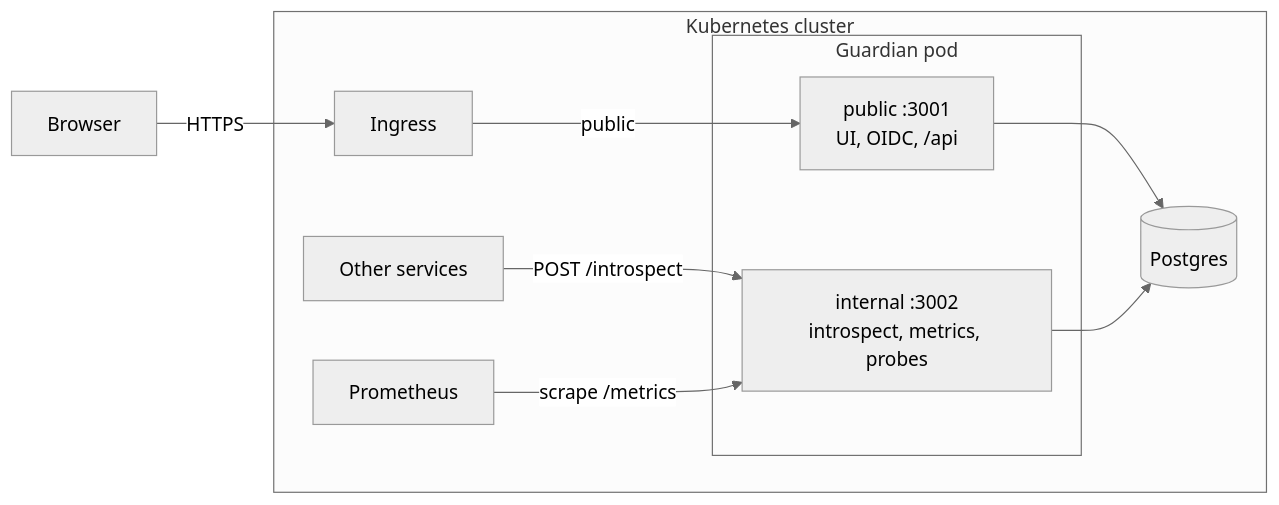
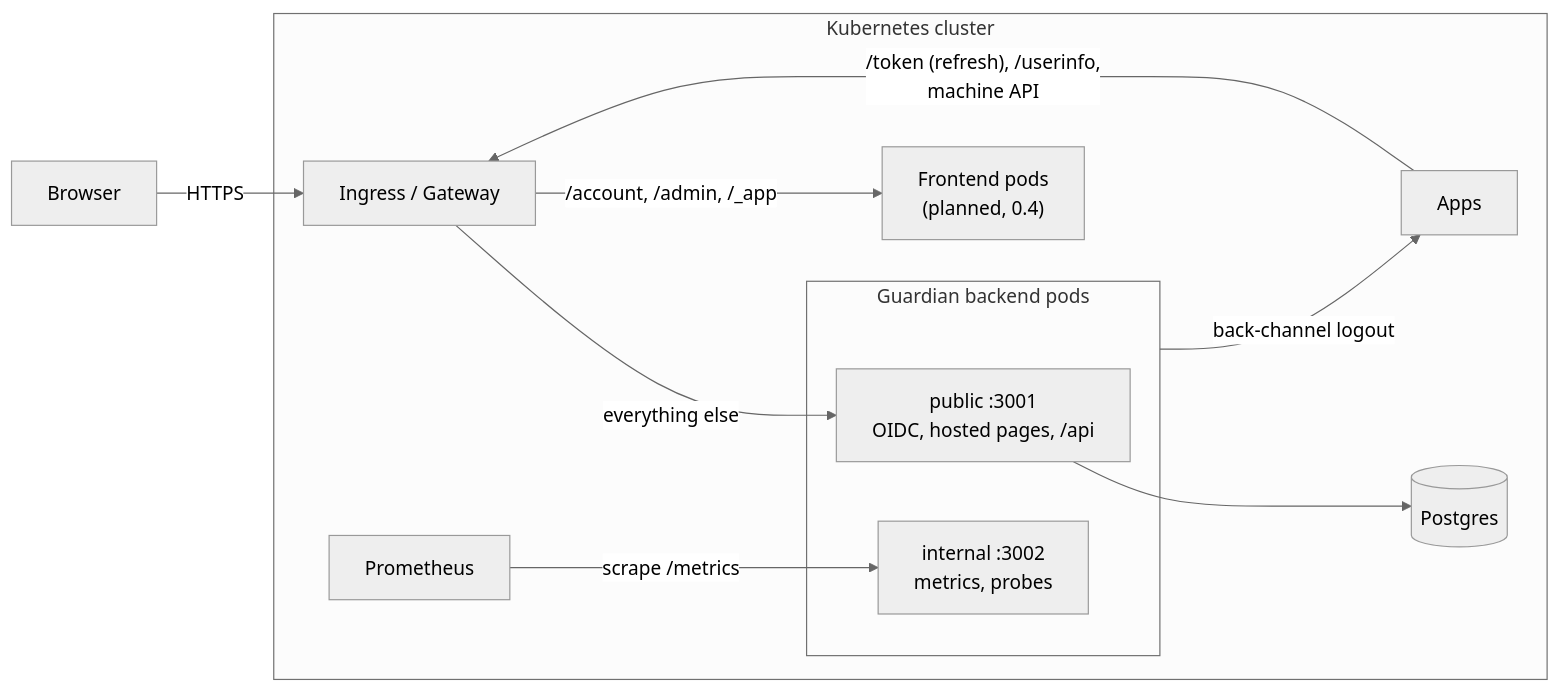
One commit to Krysset/Guardian changed the first of 4 diagrams in docs/ARCHITECTURE.md. Above: the diagram before and after it, drawn with Mermaid (neutral theme). The commit also changed other lines of this file and 43 other files, not shown here.

````diff
--- a/docs/ARCHITECTURE.md
+++ b/docs/ARCHITECTURE.md
@@ -47,15 +52,16 @@
 ```mermaid
 flowchart LR
-  B[Browser] -->|HTTPS| I[Ingress]
+  B[Browser] -->|HTTPS| I[Ingress / Gateway]
   subgraph K[Kubernetes cluster]
-    I -->|public| P
-    subgraph G[Guardian pod]
-      P["public :3001<br/>UI, OIDC, /api"]
-      N["internal :3002<br/>introspect, metrics, probes"]
+    I -->|/account, /admin, /_app| F["Frontend pods<br/>(planned, 0.4)"]
+    I -->|everything else| P
+    subgraph G[Guardian backend pods]
+      P["public :3001<br/>OIDC, hosted pages, /api"]
+      N["internal :3002<br/>metrics, probes"]
     end
-    S[Other services] -->|POST /introspect| N
+    A[Apps] -->|"/token (refresh), /userinfo,<br/>machine API"| I
+    G -->|back-channel logout| A
     M[Prometheus] -->|scrape /metrics| N
     P --> D[(Postgres)]
-    N --> D
   end
 ```
````
